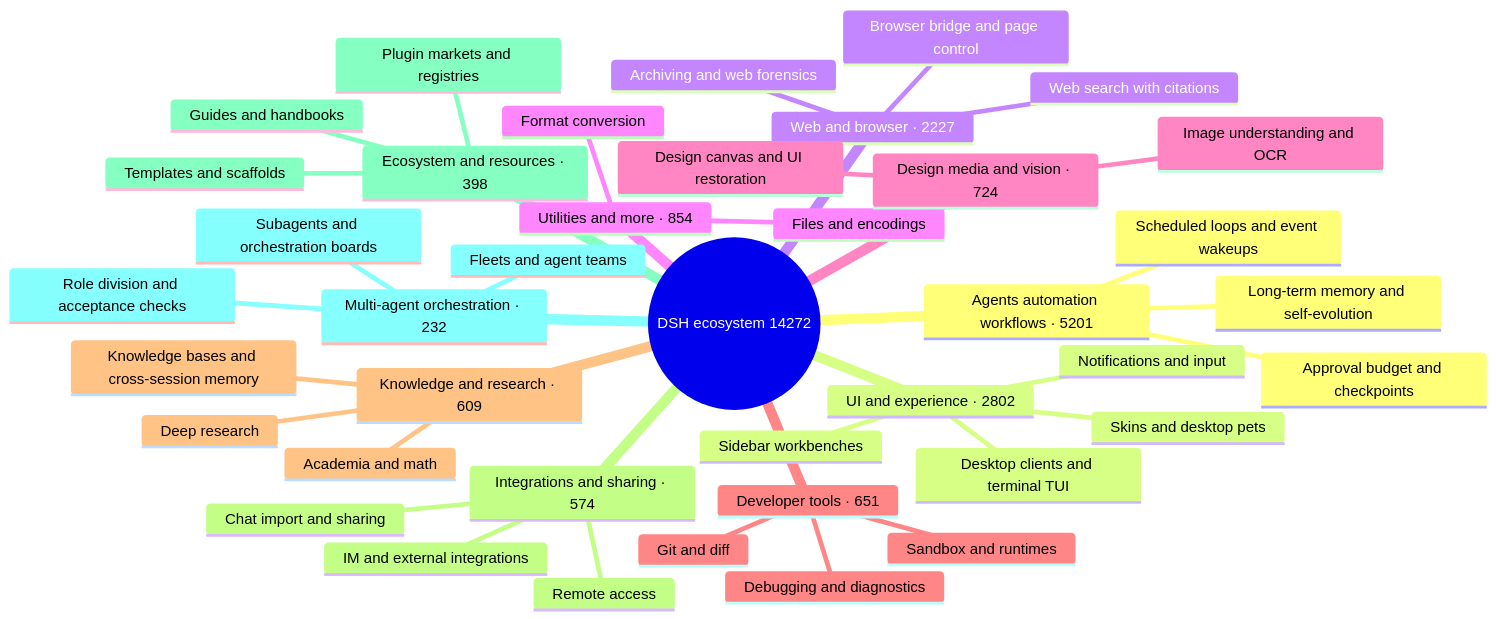
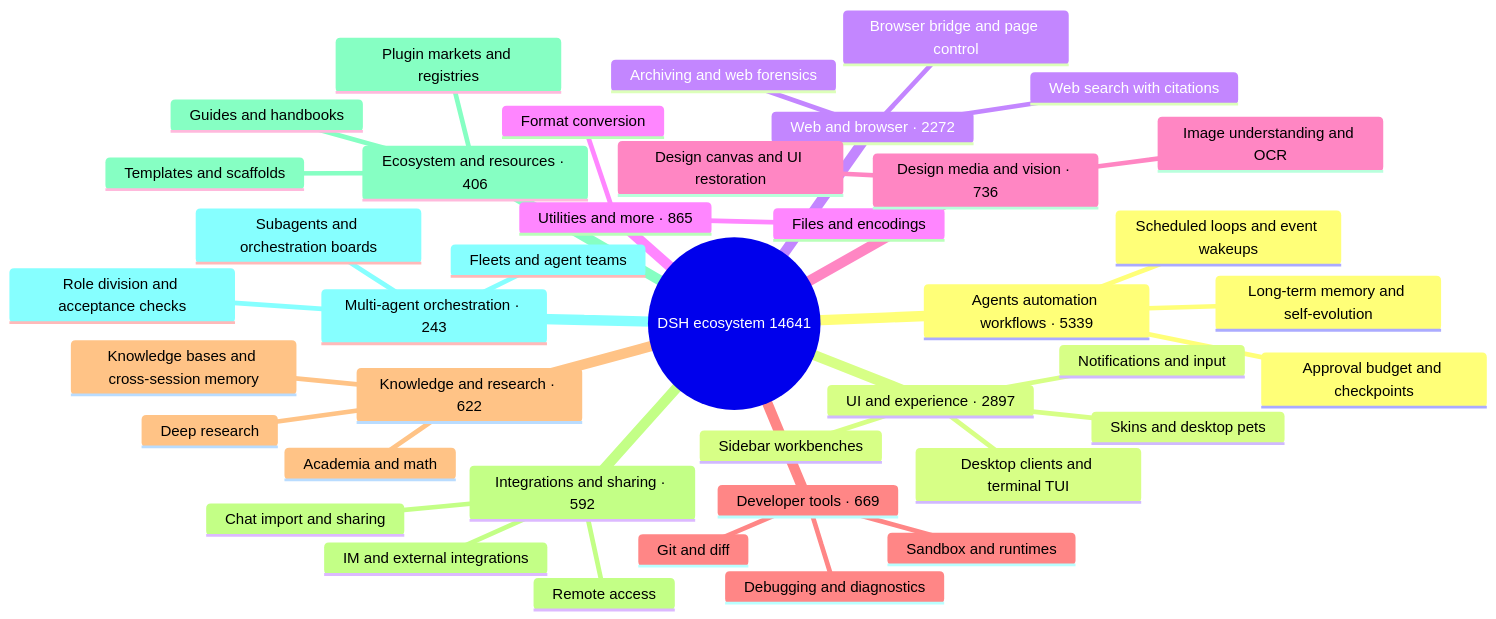
One commit to bruc3van/awesome-dsh-plugin changed the diagram in README_EN.md. Above: the diagram before and after it, drawn with Mermaid. The commit also changed other lines of this file and 24 other files, not shown here.

````diff
--- a/README_EN.md
+++ b/README_EN.md
@@ -16,43 +16,43 @@
 ```mermaid
 mindmap
-  root((DSH ecosystem 14272))
-    Agents automation workflows · 5201
+  root((DSH ecosystem 14641))
+    Agents automation workflows · 5339
       Scheduled loops and event wakeups
       Long-term memory and self-evolution
       Approval budget and checkpoints
-    UI and experience · 2802
+    UI and experience · 2897
       Desktop clients and terminal TUI
       Sidebar workbenches
       Skins and desktop pets
       Notifications and input
-    Web and browser · 2227
+    Web and browser · 2272
       Browser bridge and page control
       Web search with citations
       Archiving and web forensics
-    Utilities and more · 854
+    Utilities and more · 865
       Files and encodings
       Format conversion
-    Design media and vision · 724
+    Design media and vision · 736
       Image understanding and OCR
       Design canvas and UI restoration
-    Developer tools · 651
+    Developer tools · 669
       Git and diff
       Sandbox and runtimes
       Debugging and diagnostics
-    Knowledge and research · 609
+    Knowledge and research · 622
       Knowledge bases and cross-session memory
       Deep research
       Academia and math
-    Integrations and sharing · 574
+    Integrations and sharing · 592
       Chat import and sharing
       Remote access
       IM and external integrations
-    Ecosystem and resources · 398
+    Ecosystem and resources · 406
       Plugin markets and registries
       Templates and scaffolds
       Guides and handbooks
-    Multi-agent orchestration · 232
+    Multi-agent orchestration · 243
       Subagents and orchestration boards
       Fleets and agent teams
       Role division and acceptance checks
 ```
````
